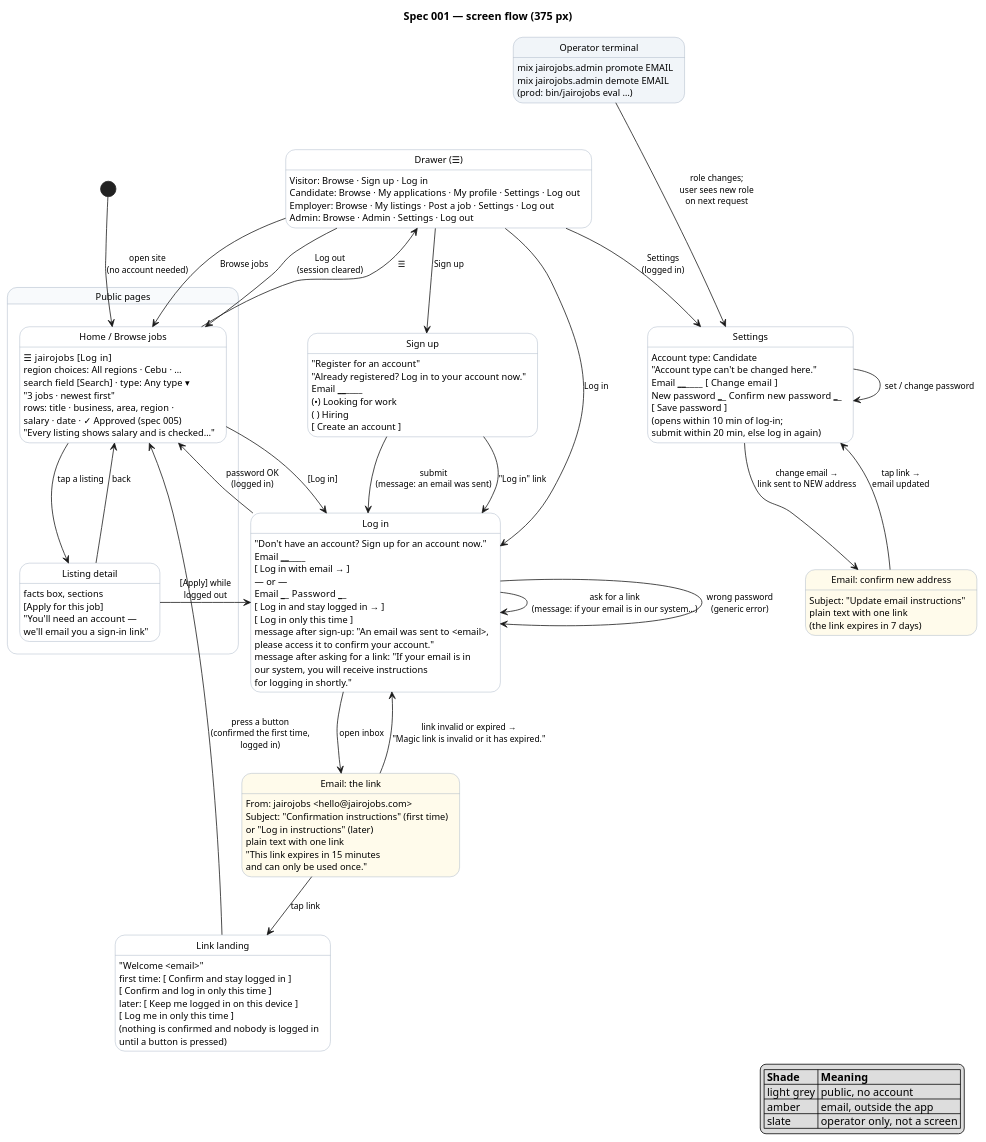
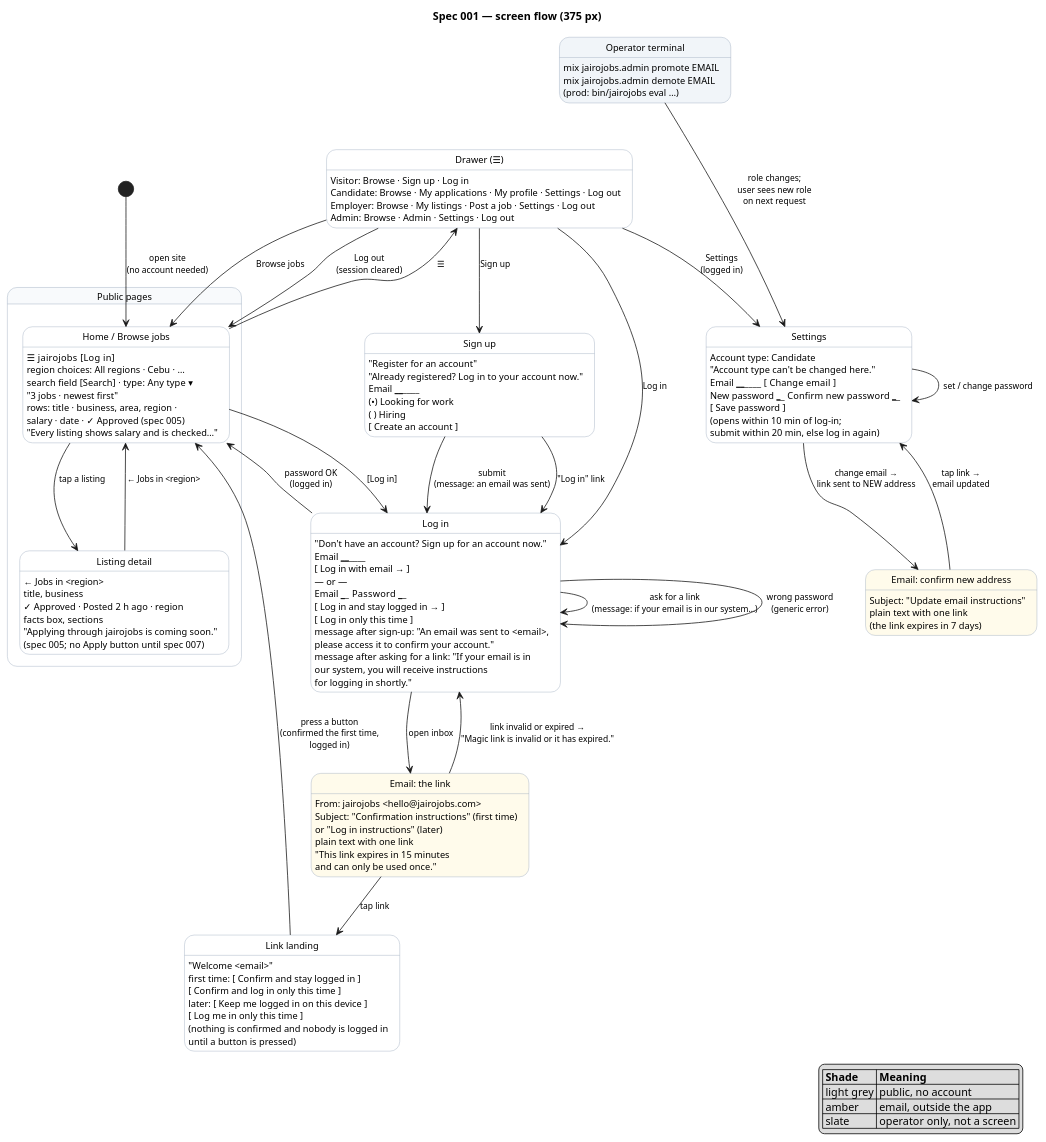
One commit to raseniero/jairojobs-elixir changed the diagram in docs/specs/001-accounts-authentication/diagrams/screenflow-auth.puml. Above: the diagram before and after it, drawn with PlantUML. The commit also changed 8 other files, not shown here.

Commit message:
feat(browse): the listing's public page (REQ-005-5)

```diff
--- a/docs/specs/001-accounts-authentication/diagrams/screenflow-auth.puml
+++ b/docs/specs/001-accounts-authentication/diagrams/screenflow-auth.puml
@@ -1,123 +1,127 @@
 @startuml screenflow-auth
 ' Spec 001 — screen flow. Each state is a screen (key elements listed); each arrow is a user action.
 ' Every user story US-001-1..9 is a path through this diagram (see table in spec.md).
 
 hide empty description
 skinparam state {
   BackgroundColor white
   BackgroundColor<<public>> #f8fafc
   BackgroundColor<<email>> #fffbeb
   BackgroundColor<<terminal>> #f1f5f9
   BorderColor #94a3b8
   FontSize 12
 }
 skinparam arrowFontSize 11
 
 title Spec 001 — screen flow (375 px)
 
 state "Public pages" as Public <<public>> {
   state "Home / Browse jobs" as Home
   Home : ☰  jairojobs  [Log in]
   Home : region choices: All regions · Cebu · …
   Home : search field  [Search] · type: Any type ▾
   Home : "3 jobs · newest first"
   Home : rows: title · business, area, region ·
   Home : salary · date · ✓ Approved (spec 005)
   Home : "Every listing shows salary and is checked…"
   state "Listing detail" as Detail
+  Detail : ← Jobs in <region>
+  Detail : title, business
+  Detail : ✓ Approved · Posted 2 h ago · region
   Detail : facts box, sections
-  Detail : [Apply for this job]
-  Detail : "You'll need an account —\nwe'll email you a sign-in link"
+  Detail : "Applying through jairojobs is coming soon."
+  Detail : (spec 005; no Apply button until spec 007)
   Home --> Detail : tap a listing
-  Detail --> Home : back
+  Detail --> Home : ← Jobs in <region>
 }
 
 state "Drawer (☰)" as Drawer
 Drawer : Visitor: Browse · Sign up · Log in
 Drawer : Candidate: Browse · My applications · My profile · Settings · Log out
 Drawer : Employer: Browse · My listings · Post a job · Settings · Log out
 Drawer : Admin: Browse · Admin · Settings · Log out
 
 state "Sign up" as Signup
 Signup : "Register for an account"
 Signup : "Already registered? Log in to your account now."
 Signup : Email ______________
 Signup : (•) Looking for work
 Signup : ( ) Hiring
 Signup : [ Create an account ]
 
 state "Email: the link" as Email <<email>>
 Email : From: jairojobs <hello@jairojobs.com>
 Email : Subject: "Confirmation instructions" (first time)
 Email : or "Log in instructions" (later)
 Email : plain text with one link
 Email : "This link expires in 15 minutes\nand can only be used once."
 
 state "Link landing" as Landing
 Landing : "Welcome <email>"
 Landing : first time: [ Confirm and stay logged in ]
 Landing : [ Confirm and log in only this time ]
 Landing : later: [ Keep me logged in on this device ]
 Landing : [ Log me in only this time ]
 Landing : (nothing is confirmed and nobody is logged in\nuntil a button is pressed)
 
 state "Log in" as Login
 Login : "Don't have an account? Sign up for an account now."
 Login : Email ______________
 Login : [ Log in with email → ]
 Login : — or —
 Login : Email ______  Password ______
 Login : [ Log in and stay logged in → ]
 Login : [ Log in only this time ]
 Login : message after sign-up: "An email was sent to <email>,\nplease access it to confirm your account."
 Login : message after asking for a link: "If your email is in\nour system, you will receive instructions\nfor logging in shortly."
 
 state "Settings" as Settings
 Settings : Account type: Candidate\n"Account type can't be changed here."
 Settings : Email ______________  [ Change email ]
 Settings : New password ______  Confirm new password ______
 Settings : [ Save password ]
 Settings : (opens within 10 min of log-in;\nsubmit within 20 min, else log in again)
 
 state "Email: confirm new address" as EmailChange <<email>>
 EmailChange : Subject: "Update email instructions"
 EmailChange : plain text with one link
 EmailChange : (the link expires in 7 days)
 
 state "Operator terminal" as Terminal <<terminal>>
 Terminal : mix jairojobs.admin promote EMAIL
 Terminal : mix jairojobs.admin demote EMAIL
 Terminal : (prod: bin/jairojobs eval …)
 
 [*] --> Home : open site\n(no account needed)
 Home --> Drawer : ☰
 Drawer --> Home : Browse jobs
 Drawer --> Signup : Sign up
 Drawer --> Login : Log in
 Home --> Login : [Log in]
-Detail --> Login : [Apply] while\nlogged out
+' The Apply button, and its way to Log in for someone logged out, arrive with spec 007.
+' Until then the listing page offers nothing that needs an account (spec 005, REQ-005-5).
 Signup --> Login : submit\n(message: an email was sent)
 Signup --> Login : "Log in" link
 Login --> Login : ask for a link\n(message: if your email is in our system…)
 Login --> Home : password OK\n(logged in)
 Login --> Login : wrong password\n(generic error)
 Login --> Email : open inbox
 Email --> Landing : tap link
 Landing --> Home : press a button\n(confirmed the first time,\nlogged in)
 Email --> Login : link invalid or expired →\n"Magic link is invalid or it has expired."
 Drawer --> Settings : Settings\n(logged in)
 Settings --> EmailChange : change email →\nlink sent to NEW address
 EmailChange --> Settings : tap link →\nemail updated
 Settings --> Settings : set / change password
 Drawer --> Home : Log out\n(session cleared)
 Terminal --> Settings : role changes;\nuser sees new role\non next request
 Terminal -[hidden]-> Drawer
 
 legend right
   |= Shade |= Meaning |
   | light grey | public, no account |
   | amber | email, outside the app |
   | slate | operator only, not a screen |
 endlegend
 
 @enduml
```
